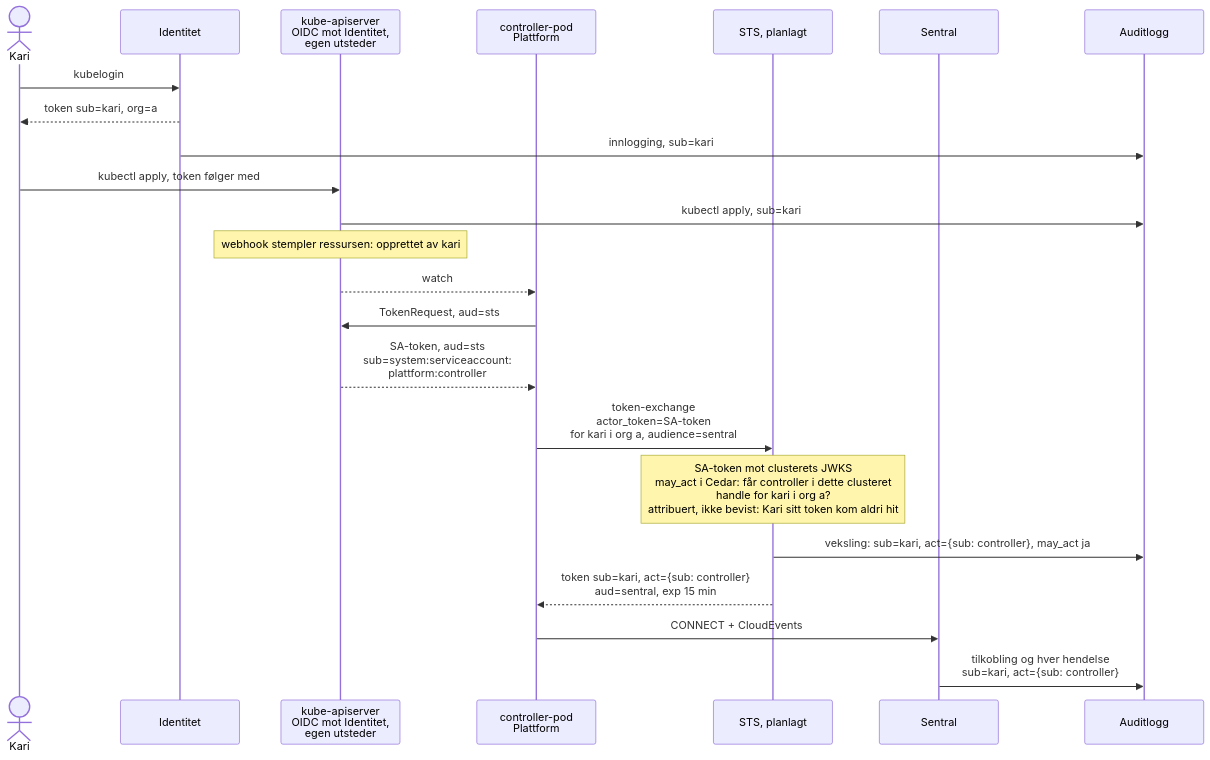
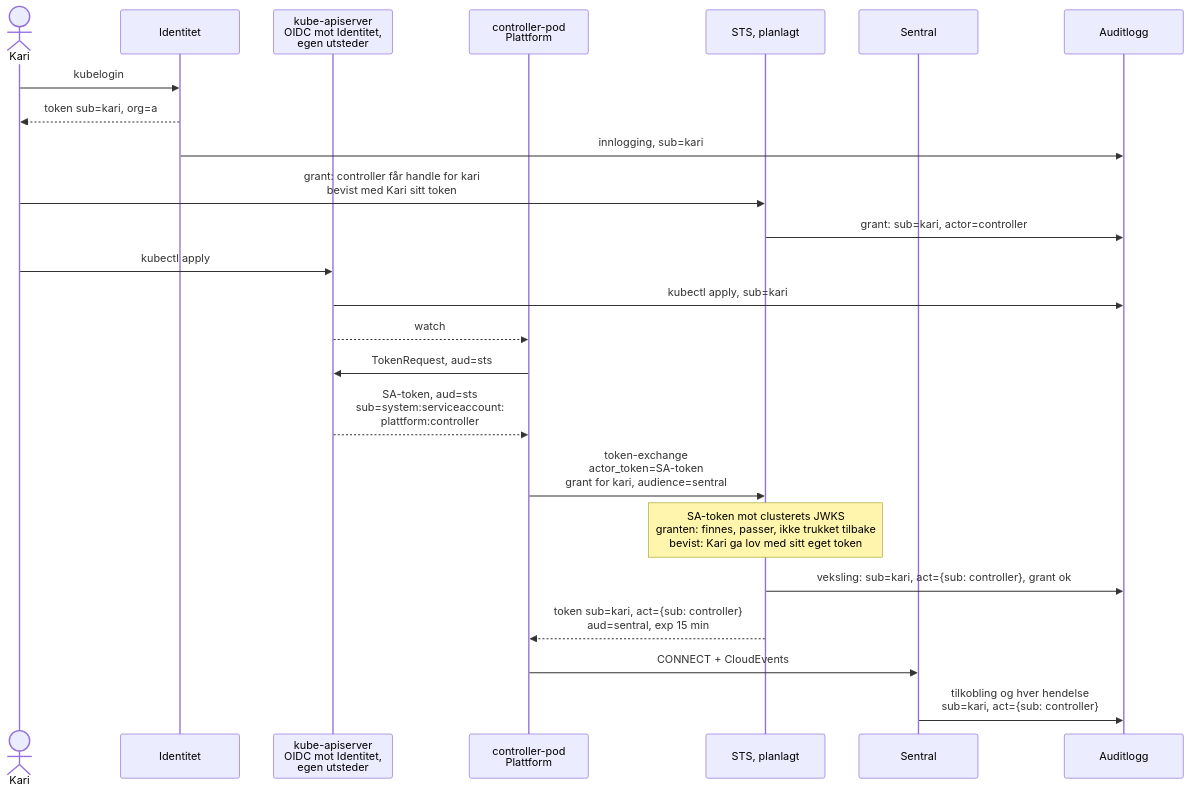
The sixth of 7 diagrams in docs/arrangement/2026-10-14-containerkonferansen/foredrag.md (dataverket-org/org), drawn with Mermaid before and after one commit. The commit also changed other lines of this file and 4 other files, not shown here.

First line of the commit message:
docs/arrangement/containerkonferansen: delegering bygges som workload identity, med grant i STS-en

````diff
--- a/docs/arrangement/2026-10-14-containerkonferansen/foredrag.md
+++ b/docs/arrangement/2026-10-14-containerkonferansen/foredrag.md
@@ -371,26 +371,27 @@
 ```mermaid
 %%{init: {"handDrawnSeed": 1, "sequence": {"width": 175}}}%%
 sequenceDiagram
   actor M as Kari
   participant Z as Identitet
   participant A as kube-apiserver<br/>OIDC mot Identitet,<br/>egen utsteder
   participant PC as controller-pod<br/>Plattform
   participant STS as STS, planlagt
   participant N as Sentral
   participant L as Auditlogg
   M->>Z: kubelogin
   Z-->>M: token sub=kari, org=a
   Z->>L: innlogging, sub=kari
-  M->>A: kubectl apply, token følger med
+  M->>STS: grant: controller får handle for kari<br/>bevist med Kari sitt token
+  STS->>L: grant: sub=kari, actor=controller
+  M->>A: kubectl apply
   A->>L: kubectl apply, sub=kari
-  Note over A: webhook stempler ressursen: opprettet av kari
   A-->>PC: watch
   PC->>A: TokenRequest, aud=sts
   A-->>PC: SA-token, aud=sts<br/>sub=system:serviceaccount:<br/>plattform:controller
-  PC->>STS: token-exchange<br/>actor_token=SA-token<br/>for kari i org a, audience=sentral
-  Note over STS: SA-token mot clusterets JWKS<br/>may_act i Cedar: får controller i dette clusteret<br/>handle for kari i org a?<br/>attribuert, ikke bevist: Kari sitt token kom aldri hit
-  STS->>L: veksling: sub=kari, act={sub: controller}, may_act ja
+  PC->>STS: token-exchange<br/>actor_token=SA-token<br/>grant for kari, audience=sentral
+  Note over STS: SA-token mot clusterets JWKS<br/>granten: finnes, passer, ikke trukket tilbake<br/>bevist: Kari ga lov med sitt eget token
+  STS->>L: veksling: sub=kari, act={sub: controller}, grant ok
   STS-->>PC: token sub=kari, act={sub: controller}<br/>aud=sentral, exp 15 min
   PC->>N: CONNECT + CloudEvents
   N->>L: tilkobling og hver hendelse<br/>sub=kari, act={sub: controller}
 ```
````
